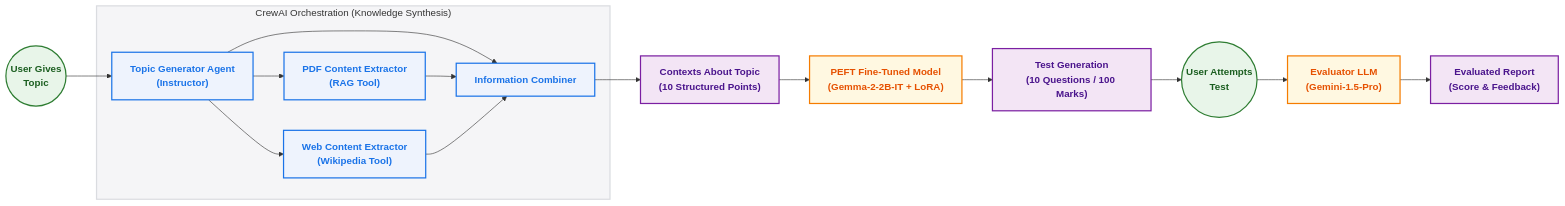
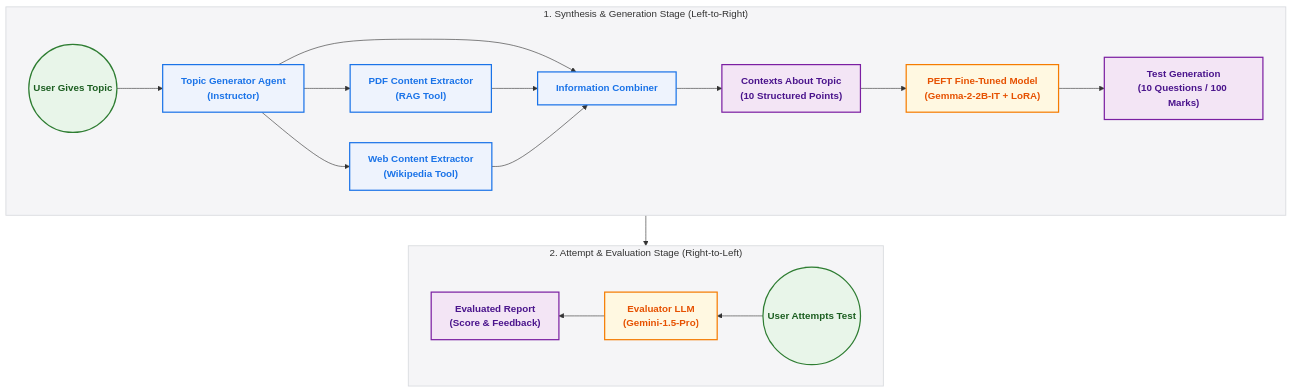
Before and after one commit to sheisstarwithoutmoon/Test-Gen: the diagram in README.md, drawn with Mermaid. The commit also changed other lines of this file, not shown here.

````diff
--- a/README.md
+++ b/README.md
@@ -13,32 +13,32 @@
 ```mermaid
-graph LR
+flowchart TB
     %% Styling
     classDef default fill:#fafafa,stroke:#555,stroke-width:1px,font-family:sans-serif;
     classDef agent fill:#eef3fd,stroke:#1a73e8,stroke-width:2px,color:#1a73e8,font-weight:bold;
     classDef model fill:#fff8e1,stroke:#f57c00,stroke-width:2px,color:#e65100,font-weight:bold;
     classDef user fill:#e8f5e9,stroke:#2e7d32,stroke-width:2px,color:#1b5e20,font-weight:bold;
     classDef doc fill:#f3e5f5,stroke:#7b1fa2,stroke-width:2px,color:#4a148c,font-weight:bold;
     
-    subgraph CREW_AI ["CrewAI Orchestration (Knowledge Synthesis)"]
-        TopicGen["Topic Generator Agent<br/>(Instructor)"]:::agent
-        PdfSearch["PDF Content Extractor<br/>(RAG Tool)"]:::agent
-        WebSearch["Web Content Extractor<br/>(Wikipedia Tool)"]:::agent
-        InfoCombiner["Information Combiner"]:::agent
+    subgraph GenStage ["1. Synthesis & Generation Stage (Left-to-Right)"]
+        direction LR
+        UserTopic((User Gives Topic)):::user --> TopicGen["Topic Generator Agent<br/>(Instructor)"]:::agent
+        TopicGen --> PdfSearch["PDF Content Extractor<br/>(RAG Tool)"]:::agent
+        TopicGen --> WebSearch["Web Content Extractor<br/>(Wikipedia Tool)"]:::agent
+        TopicGen --> InfoCombiner["Information Combiner"]:::agent
+        PdfSearch --> InfoCombiner
+        WebSearch --> InfoCombiner
+        InfoCombiner --> Contexts["Contexts About Topic<br/>(10 Structured Points)"]:::doc
+        Contexts --> PEFTModel["PEFT Fine-Tuned Model<br/>(Gemma-2-2B-IT + LoRA)"]:::model
+        PEFTModel --> TestGen["Test Generation<br/>(10 Questions / 100 Marks)"]:::doc
     end
 
-    UserTopic((User Gives<br/>Topic)):::user --> TopicGen
-    TopicGen --> PdfSearch
-    TopicGen --> WebSearch
-    TopicGen --> InfoCombiner
-    PdfSearch --> InfoCombiner
-    WebSearch --> InfoCombiner
+    subgraph EvalStage ["2. Attempt & Evaluation Stage (Right-to-Left)"]
+        direction RL
+        UserAttempt((User Attempts Test)):::user --> Evaluator["Evaluator LLM<br/>(Gemini-1.5-Pro)"]:::model --> Report["Evaluated Report<br/>(Score & Feedback)"]:::doc
+    end
+
+    TestGen --> UserAttempt
     
-    InfoCombiner --> Contexts["Contexts About Topic<br/>(10 Structured Points)"]:::doc
-    Contexts --> PEFTModel["PEFT Fine-Tuned Model<br/>(Gemma-2-2B-IT + LoRA)"]:::model
-    PEFTModel --> TestGen["Test Generation<br/>(10 Questions / 100 Marks)"]:::doc
-    TestGen --> UserAttempt((User Attempts<br/>Test)):::user
-    UserAttempt --> Evaluator["Evaluator LLM<br/>(Gemini-1.5-Pro)"]:::model
-    Evaluator --> Report["Evaluated Report<br/>(Score & Feedback)"]:::doc
-
-    style CREW_AI fill:#f5f5f7,stroke:#dadce0,stroke-width:2px;
+    style GenStage fill:#f5f5f7,stroke:#dadce0,stroke-width:1.5px;
+    style EvalStage fill:#f5f5f7,stroke:#dadce0,stroke-width:1.5px;
 ```
````
